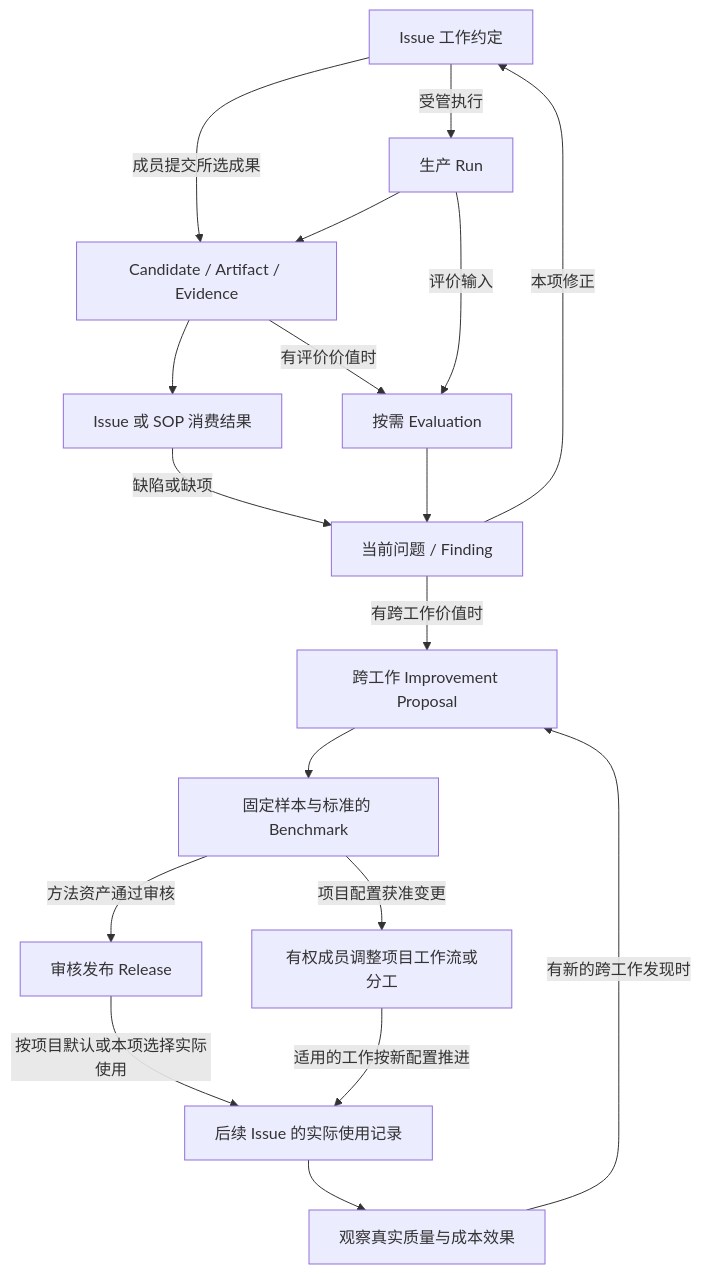
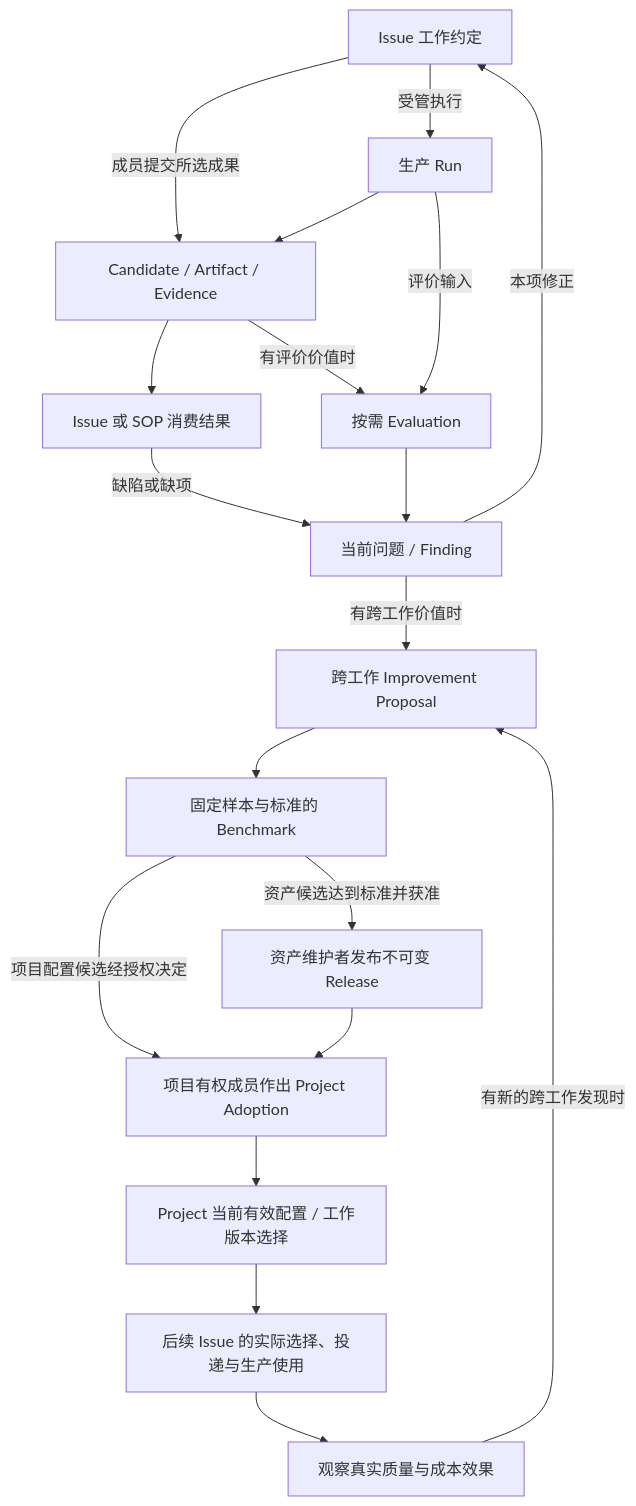
One commit to ScWen7/Issues changed the sixth of 7 diagrams in docs/architecture/system-architecture.md. Above: the diagram before and after it, drawn with Mermaid. The commit also changed other lines of this file, not shown here.

Commit message:
design: connect release, project adoption and actual usage in system loop

```diff
--- a/docs/architecture/system-architecture.md
+++ b/docs/architecture/system-architecture.md
@@ -293,31 +293,33 @@
 ~~~mermaid
 flowchart TB
   Issue["Issue 工作约定"]
   Run["生产 Run"]
   Delivery["Candidate / Artifact / Evidence"]
   Consume["Issue 或 SOP 消费结果"]
   Finding["当前问题 / Finding"]
   Evaluation["按需 Evaluation"]
   Proposal["跨工作 Improvement Proposal"]
   Benchmark["固定样本与标准的 Benchmark"]
-  Release["审核发布 Release"]
-  Change["有权成员调整项目工作流或分工"]
-  Next["后续 Issue 的实际使用记录"]
+  Release["资产维护者发布不可变 Release"]
+  Adoption["项目有权成员作出 Project Adoption"]
+  Config["Project 当前有效配置 / 工作版本选择"]
+  Next["后续 Issue 的实际选择、投递与生产使用"]
   Outcome["观察真实质量与成本效果"]
   Issue -->|"成员提交所选成果"| Delivery
   Issue -->|"受管执行"| Run --> Delivery
   Delivery --> Consume
   Consume -->|"缺陷或缺项"| Finding
   Finding -->|"本项修正"| Issue
   Delivery -->|"有评价价值时"| Evaluation
   Run -->|"评价输入"| Evaluation
   Evaluation --> Finding
   Finding -->|"有跨工作价值时"| Proposal
   Proposal --> Benchmark
-  Benchmark -->|"方法资产通过审核"| Release
-  Benchmark -->|"项目配置获准变更"| Change
-  Release -->|"按项目默认或本项选择实际使用"| Next
-  Change -->|"适用的工作按新配置推进"| Next
+  Benchmark -->|"资产候选达到标准并获准"| Release
+  Benchmark -->|"项目配置候选经授权决定"| Adoption
+  Release --> Adoption
+  Adoption --> Config
+  Config --> Next
   Next --> Outcome
   Outcome -->|"有新的跨工作发现时"| Proposal
 ~~~
```
